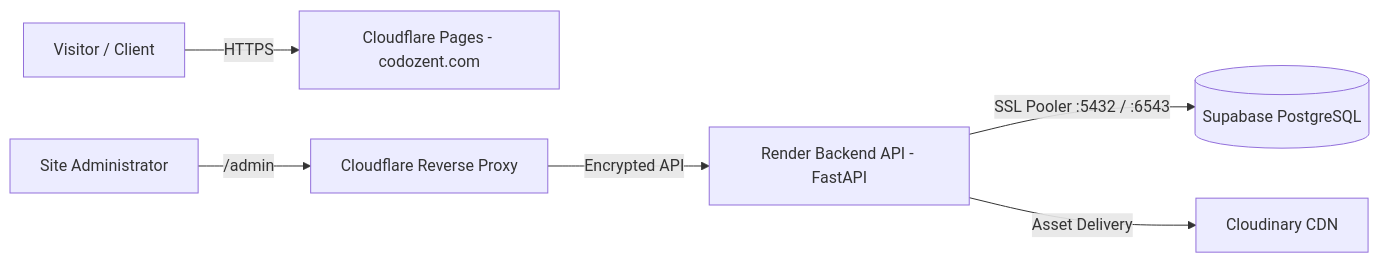
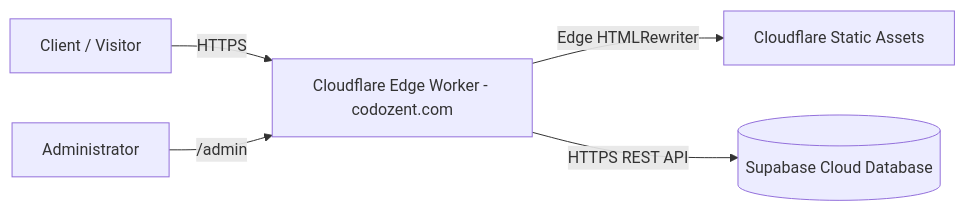
The diagram in README.md (omdev04/Codozent-website), drawn with Mermaid before and after one commit. The commit also changed other lines of this file and 1 other file, not shown here.

Commit message:
docs: streamline deployment guide and readme for pure cloudflare edge worker architecture

````diff
--- a/README.md
+++ b/README.md
@@ -13,8 +14,7 @@
 ```mermaid
 graph LR
-    User[Visitor / Client] -->|HTTPS| CloudflarePages[Cloudflare Pages - codozent.com]
-    Admin[Site Administrator] -->|/admin| CloudflareProxy[Cloudflare Reverse Proxy]
-    CloudflareProxy -->|Encrypted API| RenderBackend[Render Backend API - FastAPI]
-    RenderBackend -->|SSL Pooler :5432 / :6543| SupabaseDB[(Supabase PostgreSQL)]
-    RenderBackend -->|Asset Delivery| Cloudinary[Cloudinary CDN]
+    Visitor[Client / Visitor] -->|HTTPS| CloudflareWorker[Cloudflare Edge Worker - codozent.com]
+    AdminUser[Administrator] -->|/admin| CloudflareWorker
+    CloudflareWorker -->|Edge HTMLRewriter| StaticAssets[Cloudflare Static Assets]
+    CloudflareWorker -->|HTTPS REST API| Supabase[(Supabase Cloud Database)]
 ```
````
